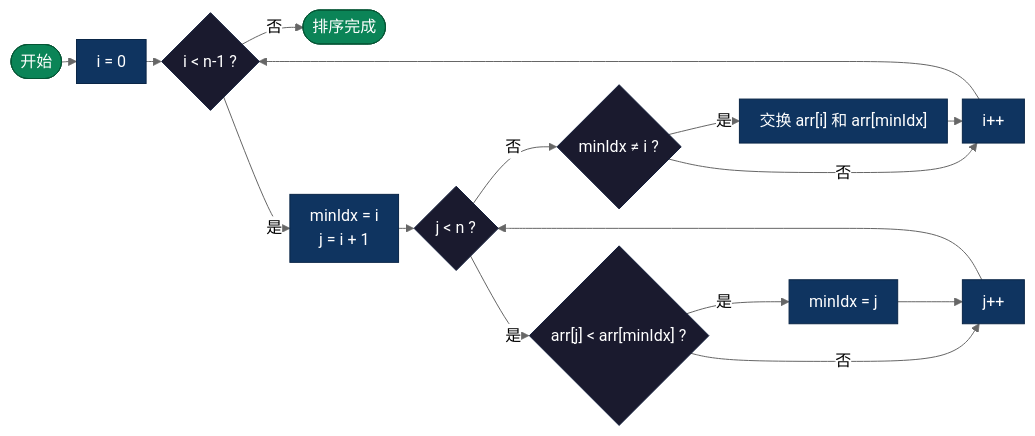
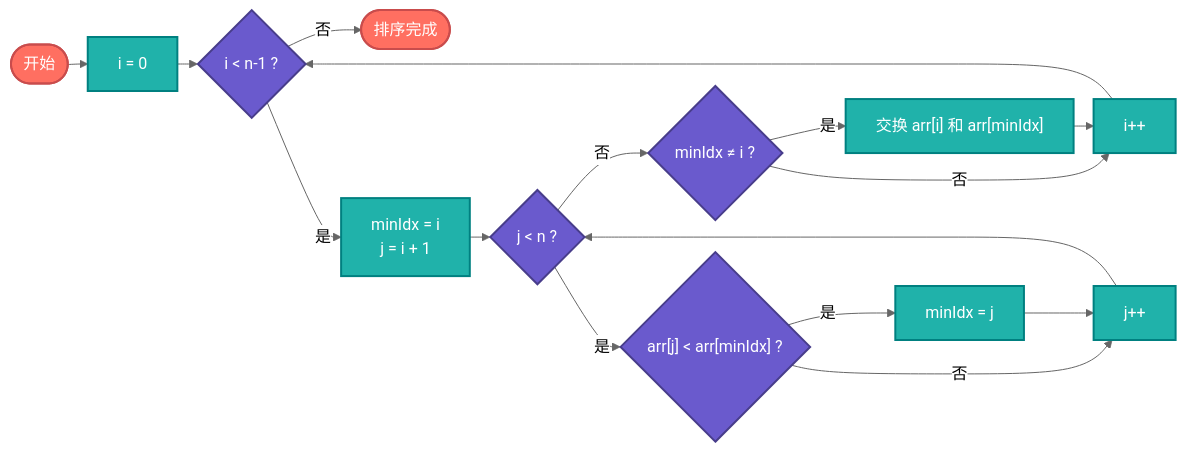
Before and after one commit to microwind/algorithms: the fourth of 14 diagrams in sorting/AI-Era-Top-10-Sorting-Algorithms.md, drawn with Mermaid (neutral theme). The commit also changed other lines of this file and 36 other files, not shown here.

````diff
--- a/sorting/AI-Era-Top-10-Sorting-Algorithms.md
+++ b/sorting/AI-Era-Top-10-Sorting-Algorithms.md
@@ -206,27 +197,29 @@
 ```mermaid
-%%{init: {'flowchart': {'nodeSpacing': 15, 'rankSpacing': 15, 'padding': 10}}}%%
+%%{init: {'flowchart': {'nodeSpacing': 10, 'rankSpacing': 20, 'padding': 15}}}%%
 graph LR
     S(["开始"]) --> INIT["i = 0"]
     INIT --> OUTER{"i < n-1 ?"}
     OUTER -->|"否"| END(["排序完成"])
     OUTER -->|"是"| MIN["minIdx = i\nj = i + 1"]
     MIN --> INNER{"j < n ?"}
     INNER -->|"否"| DOSWAP{"minIdx ≠ i ?"}
     DOSWAP -->|"是"| SWAP["交换 arr[i] 和 arr[minIdx]"]
     DOSWAP -->|"否"| INC["i++"]
     SWAP --> INC
     INC --> OUTER
     INNER -->|"是"| CMP{"arr[j] < arr[minIdx] ?"}
     CMP -->|"是"| UPD["minIdx = j"]
     CMP -->|"否"| JINC["j++"]
     UPD --> JINC
     JINC --> INNER
 
-    classDef start fill:#0b8457,color:#fff,stroke:#065535
-    classDef decision fill:#1a1a2e,color:#fff,stroke:#16213e
-    classDef process fill:#0f3460,color:#fff,stroke:#0a2647
+    %% 风格节点
+    classDef start fill:#ff6f61,color:#fff,stroke:#c94c4c,stroke-width:2px
+    classDef decision fill:#6a5acd,color:#fff,stroke:#483d8b,stroke-width:2px
+    classDef process fill:#20b2aa,color:#fff,stroke:#008080,stroke-width:2px
 
+    %% 应用节点样式
     class S,END start
     class OUTER,INNER,CMP,DOSWAP decision
     class INIT,MIN,INC,JINC,UPD,SWAP process
 ```
````
